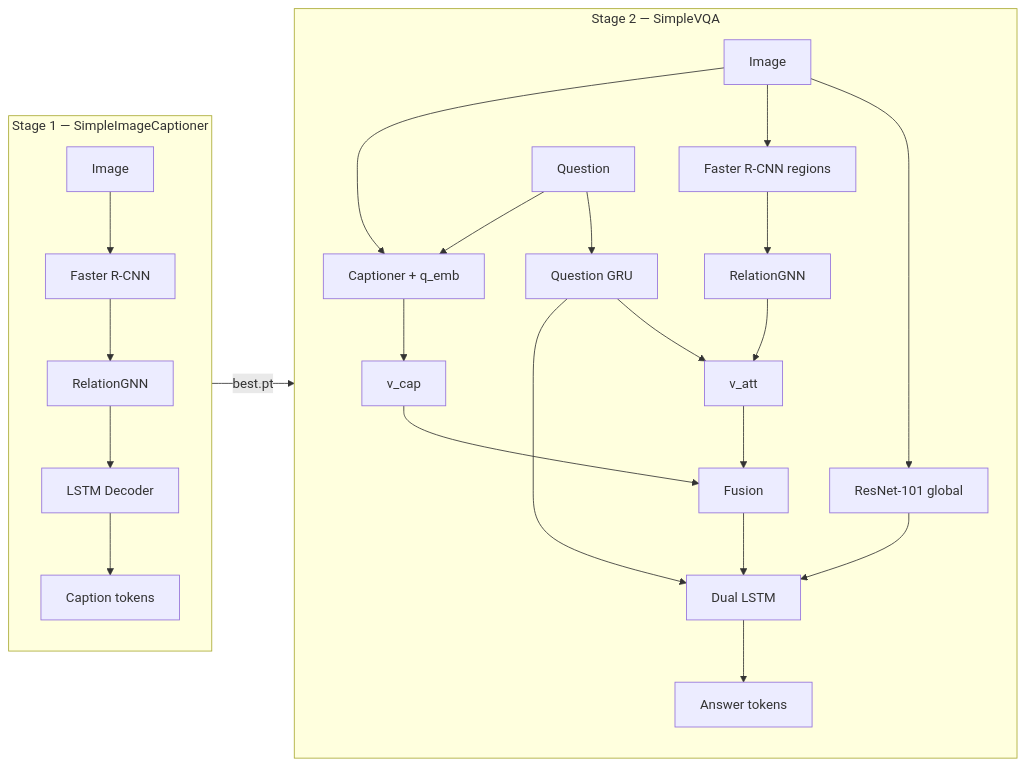
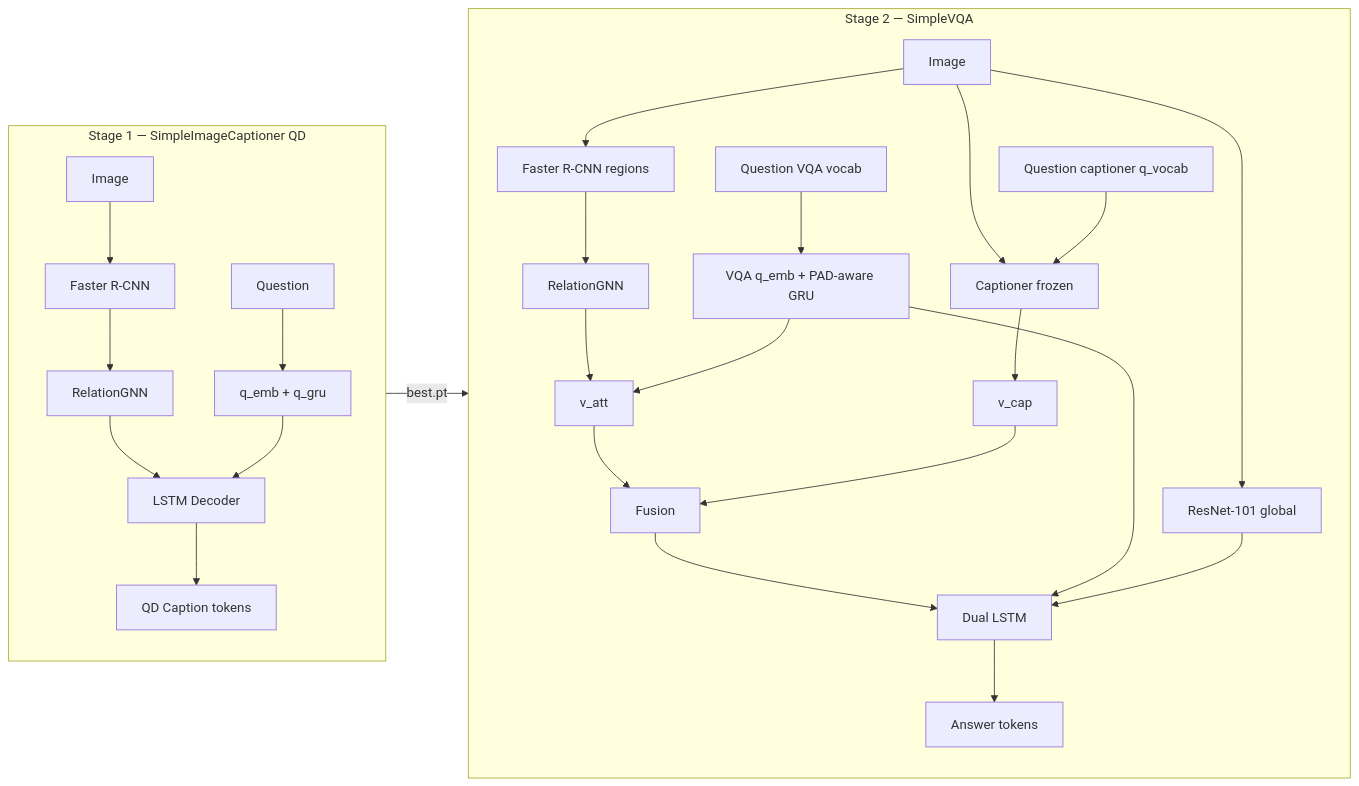
The first of 3 diagrams in architecture/ARCHITECTURE.en.md (MahdiRuzmeh/ImageCaptioningImprovedVisualQuestionAnswering), drawn with Mermaid before and after one commit. The commit also changed other lines of this file and 14 other files, not shown here.

Commit message:
chore: Change models (IC and VQA) to work with custom question dependent caption dataset.

````diff
--- a/architecture/ARCHITECTURE.en.md
+++ b/architecture/ARCHITECTURE.en.md
@@ -22,29 +22,31 @@
 ```mermaid
 flowchart LR
-    subgraph S1["Stage 1 — SimpleImageCaptioner"]
+    subgraph S1["Stage 1 — SimpleImageCaptioner QD"]
         I1[Image] --> RCNN1[Faster R-CNN]
         RCNN1 --> GNN1[RelationGNN]
+        Q1[Question] --> QGRU1[q_emb + q_gru]
         GNN1 --> DEC[LSTM Decoder]
-        DEC --> CAP[Caption tokens]
+        QGRU1 --> DEC
+        DEC --> CAP[QD Caption tokens]
     end
 
     subgraph S2["Stage 2 — SimpleVQA"]
         I2[Image] --> RES[ResNet-101 global]
         I2 --> RCNN2[Faster R-CNN regions]
-        Q[Question] --> QGRU[Question GRU]
+        Q[Question VQA vocab] --> QGRU[VQA q_emb + PAD-aware GRU]
         RCNN2 --> GNN2[RelationGNN]
         GNN2 --> VATT[v_att]
         QGRU --> VATT
-        I2 --> CAPM[Captioner + q_emb]
-        Q --> CAPM
+        I2 --> CAPM[Captioner frozen]
+        QCAP[Question captioner q_vocab] --> CAPM
         CAPM --> VCAP[v_cap]
         VATT --> FUSE[Fusion]
         VCAP --> FUSE
         FUSE --> LSTM[Dual LSTM]
         QGRU --> LSTM
         RES --> LSTM
         LSTM --> ANS[Answer tokens]
     end
 
     S1 -->|best.pt| S2
 ```
````
